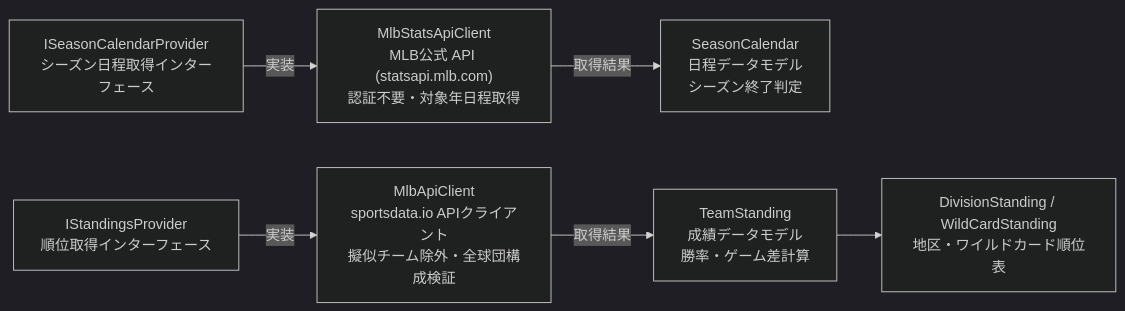
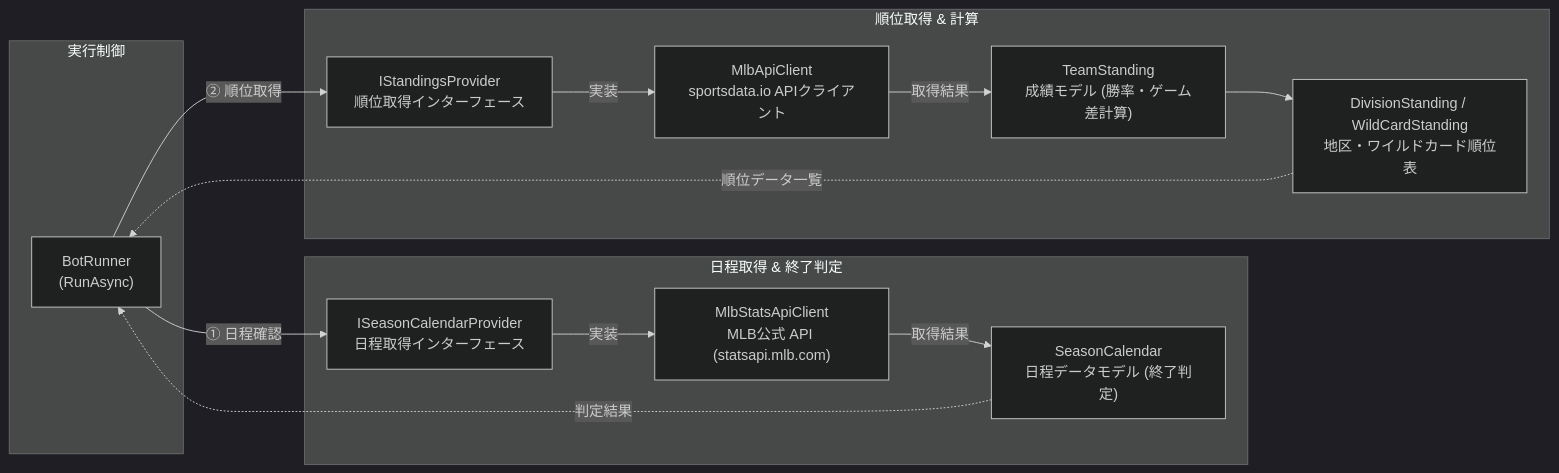
The third of 5 diagrams in docs/development.md (shin4488/MlbBot), drawn with Mermaid (dark theme) before and after one commit. The commit also changed other lines of this file, not shown here.

Commit message:
docs: BotRunnerからの呼び出し関係を明示しクラス間のつながりを明確化

````diff
--- a/docs/development.md
+++ b/docs/development.md
@@ -105,15 +108,31 @@
 ```mermaid
 flowchart LR
-    ISC["ISeasonCalendarProvider<br>シーズン日程取得インターフェース"] -->|実装| MSC["MlbStatsApiClient<br>MLB公式 API (statsapi.mlb.com)<br>認証不要・対象年日程取得"]
-    MSC -->|取得結果| SC["SeasonCalendar<br>日程データモデル<br>シーズン終了判定"]
-    ISP["IStandingsProvider<br>順位取得インターフェース"] -->|実装| MAC["MlbApiClient<br>sportsdata.io APIクライアント<br>擬似チーム除外・全球団構成検証"]
-    MAC -->|取得結果| TS["TeamStanding<br>成績データモデル<br>勝率・ゲーム差計算"]
-    TS --> DS["DivisionStanding / WildCardStanding<br>地区・ワイルドカード順位表"]
+    subgraph Caller["実行制御"]
+        BR1["BotRunner<br>(RunAsync)"]
+    end
+
+    subgraph Calendar["日程取得 & 終了判定"]
+        ISC["ISeasonCalendarProvider<br>日程取得インターフェース"] -->|実装| MSC["MlbStatsApiClient<br>MLB公式 API (statsapi.mlb.com)"]
+        MSC -->|取得結果| SC["SeasonCalendar<br>日程データモデル (終了判定)"]
+    end
+
+    subgraph Standings["順位取得 & 計算"]
+        ISP["IStandingsProvider<br>順位取得インターフェース"] -->|実装| MAC["MlbApiClient<br>sportsdata.io APIクライアント"]
+        MAC -->|取得結果| TS["TeamStanding<br>成績モデル (勝率・ゲーム差計算)"]
+        TS --> DS["DivisionStanding / WildCardStanding<br>地区・ワイルドカード順位表"]
+    end
+
+    BR1 -->|① 日程確認| ISC
+    SC -.->|判定結果| BR1
+    BR1 -->|② 順位取得| ISP
+    DS -.->|順位データ一覧| BR1
+
+    click BR1 "../TwitterMlbBot/BotRunner.cs"
     click ISC "../TwitterMlbBot/Mlb/ISeasonCalendarProvider.cs"
     click MSC "../TwitterMlbBot/Mlb/MlbStatsApiClient.cs"
     click SC "../TwitterMlbBot/Mlb/SeasonCalendar.cs"
     click ISP "../TwitterMlbBot/Mlb/IStandingsProvider.cs"
     click MAC "../TwitterMlbBot/Mlb/MlbApiClient.cs"
     click TS "../TwitterMlbBot/Mlb/TeamStanding.cs"
     click DS "../TwitterMlbBot/Mlb/"
 ```
````
